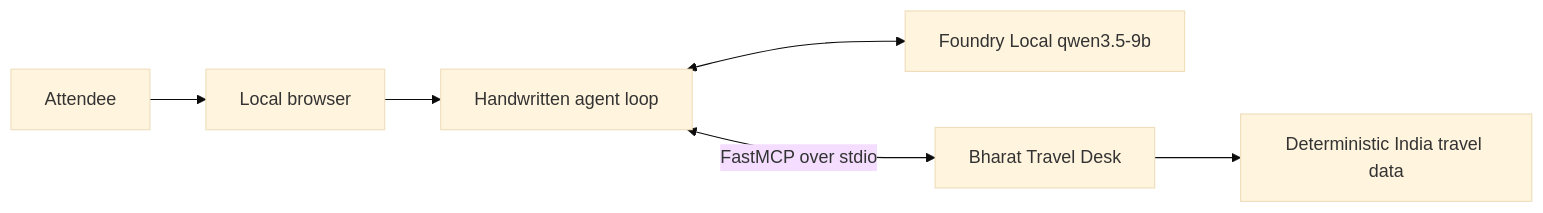
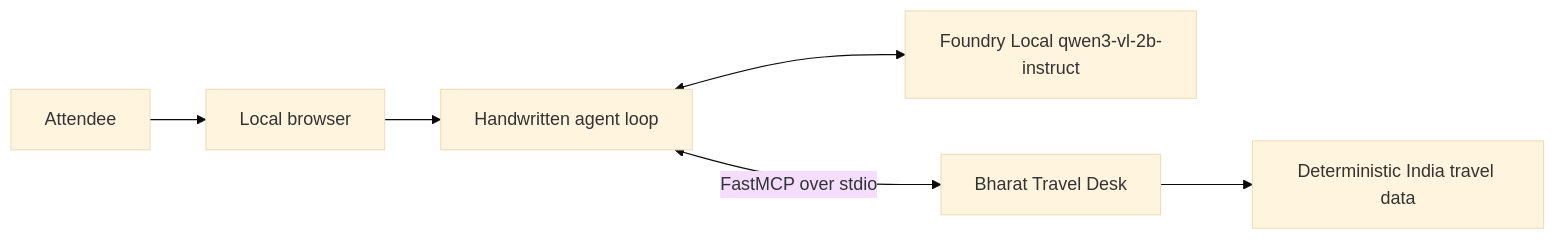
Before and after one commit to GlobalAICommunity/mcp-fl-workshop: the diagram in README.md, drawn with Mermaid (base theme). The commit also changed other lines of this file and 15 other files, not shown here.

Commit message:
Update model alias from qwen3.5-9b to qwen3-vl-2b-instruct across documentation and scripts for improved compatibility and CPU support

````diff
--- a/README.md
+++ b/README.md
@@ -62,8 +62,8 @@
 ```mermaid
 flowchart LR
     U[Attendee] --> B[Local browser]
     B --> A[Handwritten agent loop]
-    A <--> F[Foundry Local qwen3.5-9b]
+    A <--> F[Foundry Local qwen3-vl-2b-instruct]
     A <-->|FastMCP over stdio| S[Bharat Travel Desk]
     S --> D[Deterministic India travel data]
 ```
````
